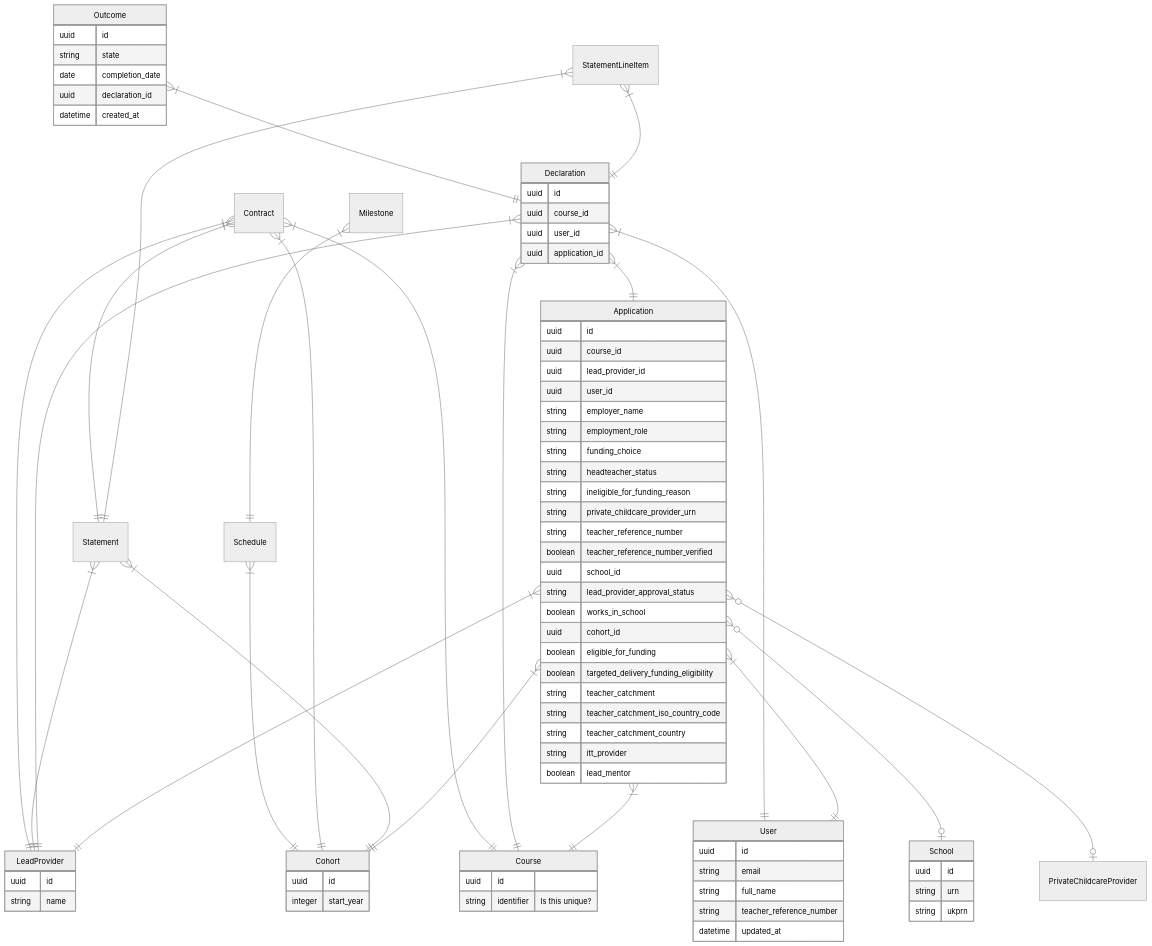
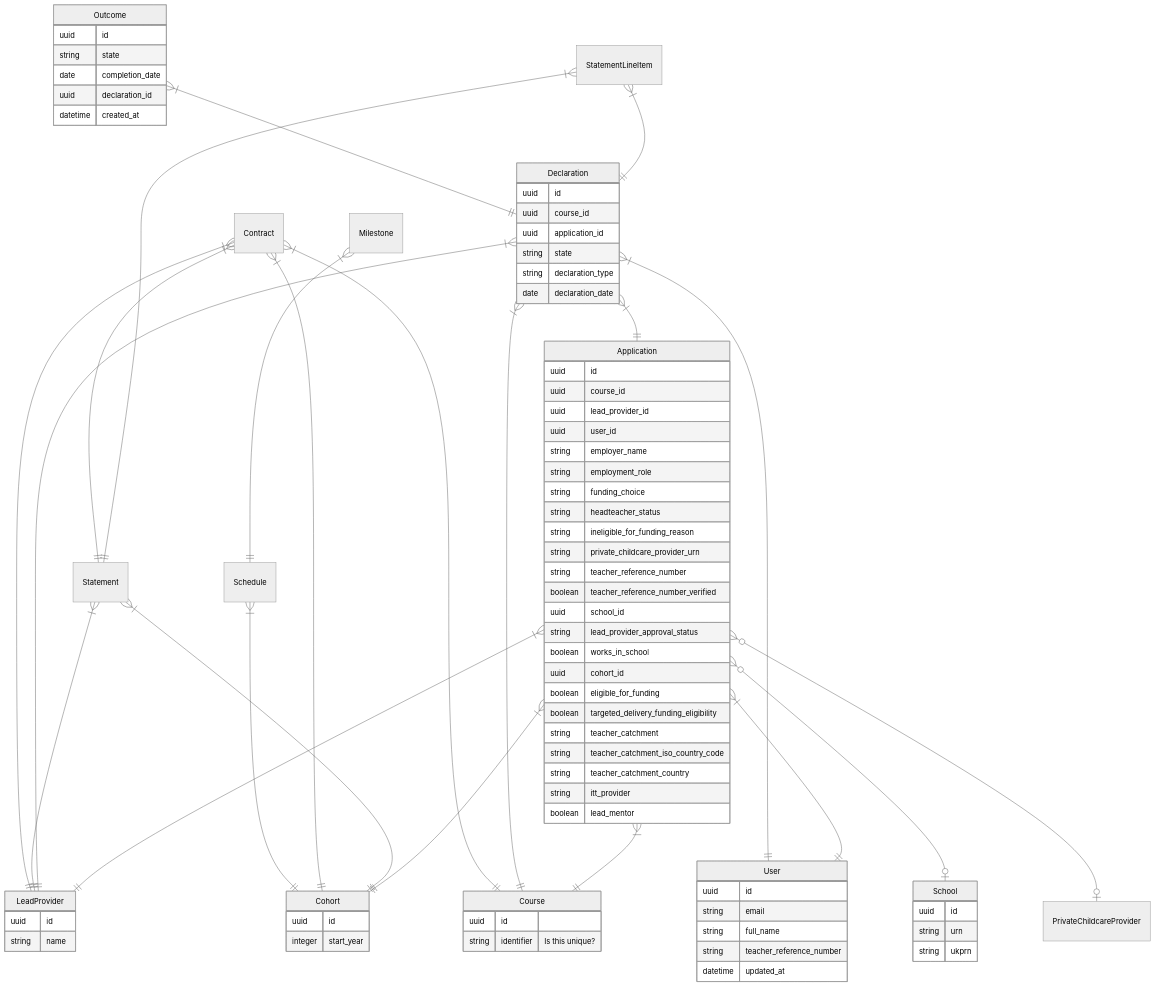
The diagram in data-modelling.md (DFE-Digital/npq-separation), drawn with Mermaid (neutral theme) before and after one commit. The commit also changed other lines of this file, not shown here.

```diff
--- a/data-modelling.md
+++ b/data-modelling.md
@@ -107,8 +107,10 @@
     Declaration {
         uuid id
         uuid course_id
-        uuid user_id
         uuid application_id
+        string state
+        string declaration_type
+        date declaration_date
     }
 
     School {
```
